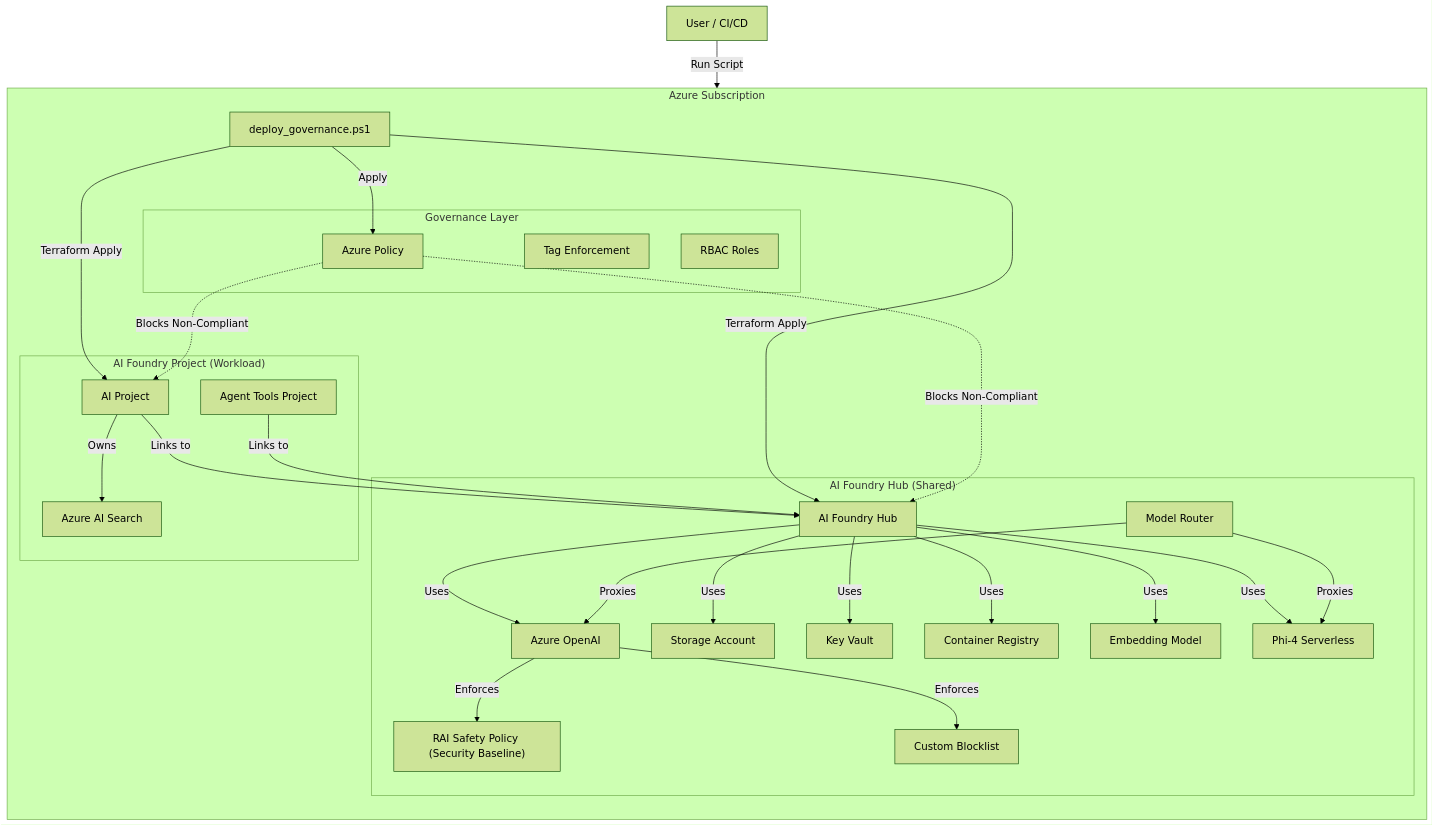
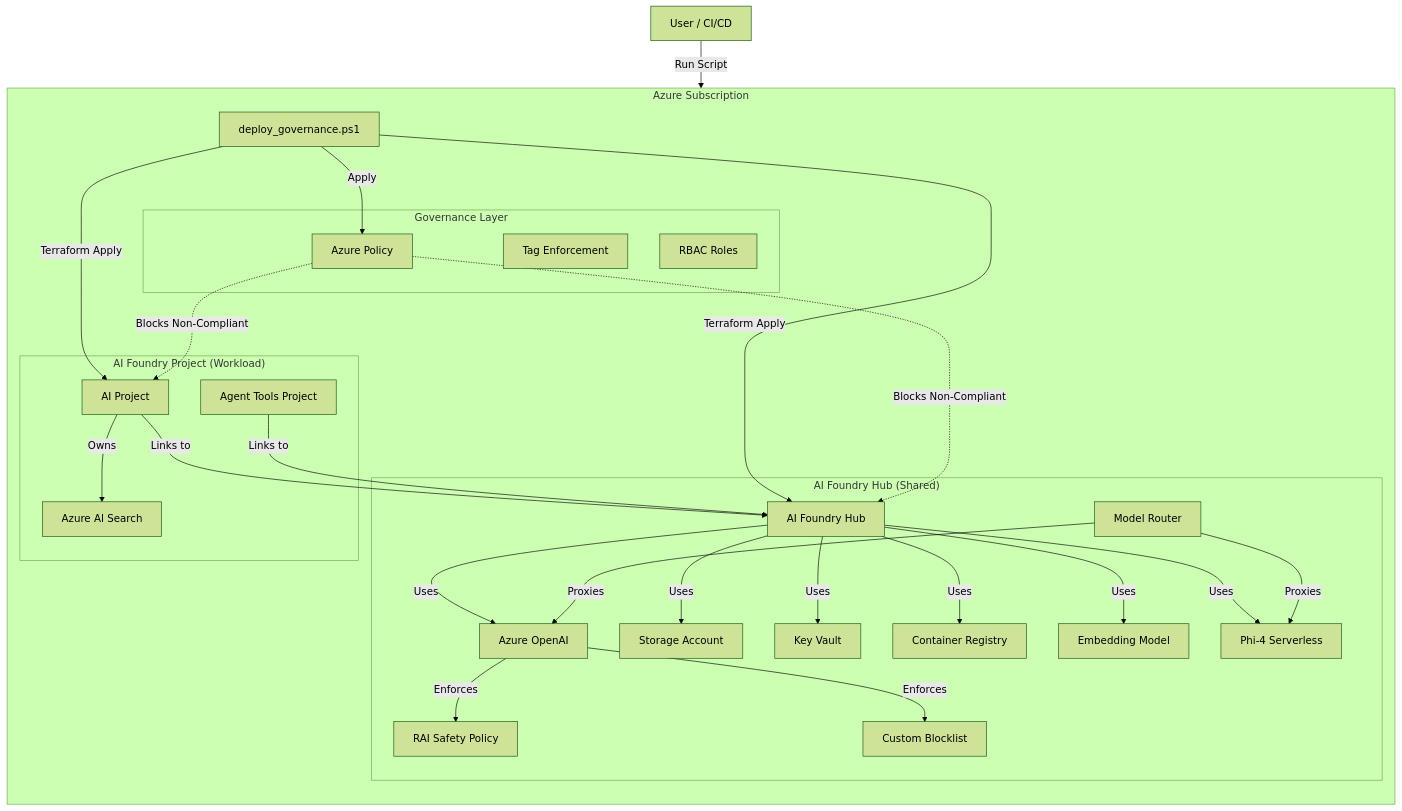
One commit to punitganshani/aifoundry_iac changed the second of 2 diagrams in docs/Technical_Architecture.md. Above: the diagram before and after it, drawn with Mermaid (forest theme). The commit also changed other lines of this file, not shown here.

Commit message:
feat(docs): Enhance Runtime Architecture Diagram with detailed Azure components and traffic flows

````diff
--- a/docs/Technical_Architecture.md
+++ b/docs/Technical_Architecture.md
@@ -15,55 +79,55 @@
 ```mermaid
 graph TD
     User[User / CI/CD] -->|Run Script| DeployScript[deploy_governance.ps1]
     
     subgraph "Azure Subscription"
         direction TB
         
         subgraph "Governance Layer"
             Policy[Azure Policy]
             Tags[Tag Enforcement]
             RBAC[RBAC Roles]
         end
         
         DeployScript -->|Apply| Policy
         
         subgraph "AI Foundry Hub (Shared)"
             Hub[AI Foundry Hub]
             OpenAI[Azure OpenAI]
             Embed[Embedding Model]
             Phi4[Phi-4 Serverless]
-            RAI["RAI Safety Policy (Security Baseline)"]
+            RAI["RAI Safety Policy"]
             Blocklist[Custom Blocklist]
             Router[Model Router]
             Storage[Storage Account]
             KV[Key Vault]
             ACR[Container Registry]
             
             OpenAI -->|Enforces| RAI
             OpenAI -->|Enforces| Blocklist
             Hub -->|Uses| Storage
             Hub -->|Uses| KV
             Hub -->|Uses| ACR
             Hub -->|Uses| OpenAI
             Hub -->|Uses| Embed
             Hub -->|Uses| Phi4
             Router -->|Proxies| OpenAI
             Router -->|Proxies| Phi4
         end
         
         subgraph "AI Foundry Project (Workload)"
             Project[AI Project]
             Search[Azure AI Search]
             AgentTools[Agent Tools Project]
             Project -->|Links to| Hub
             Project -->|Owns| Search
             AgentTools -->|Links to| Hub
         end
         
         DeployScript -->|Terraform Apply| Hub
         DeployScript -->|Terraform Apply| Project
     end
     
     Policy -.->|Blocks Non-Compliant| Hub
     Policy -.->|Blocks Non-Compliant| Project
 ```
````
